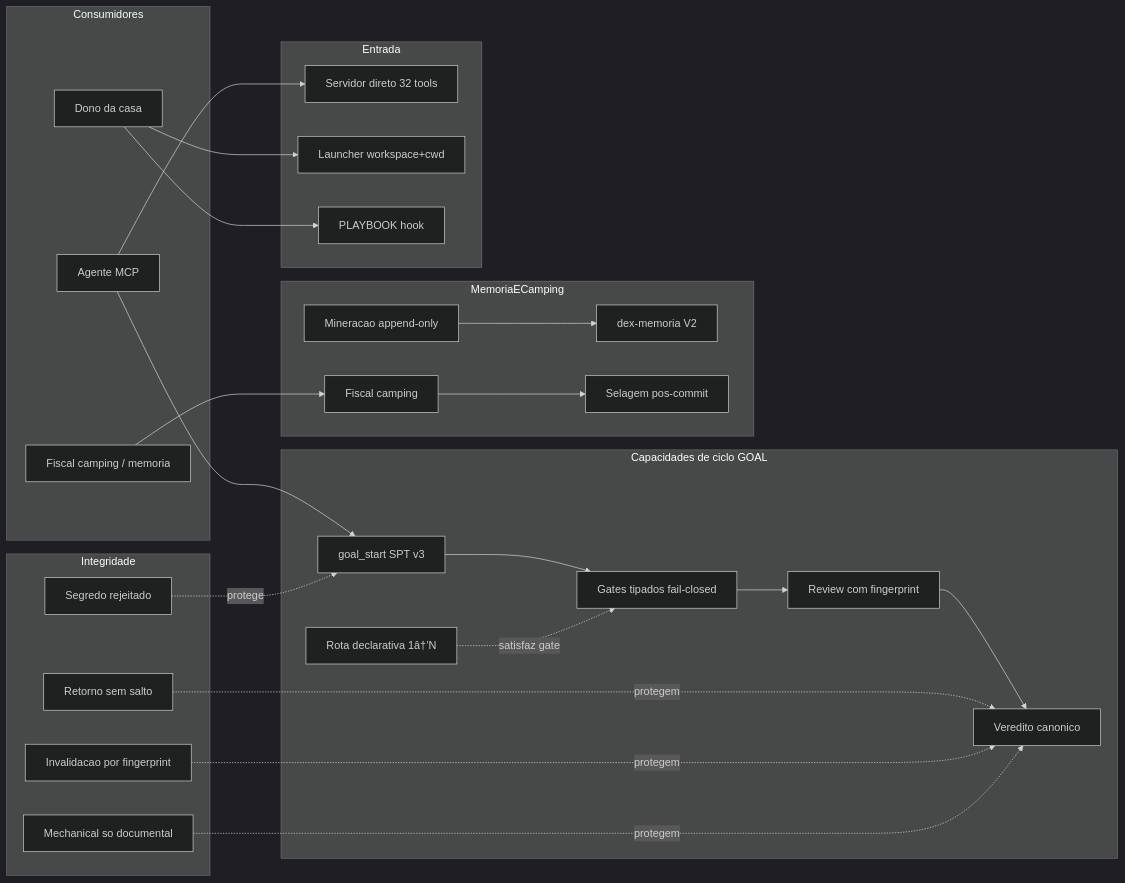
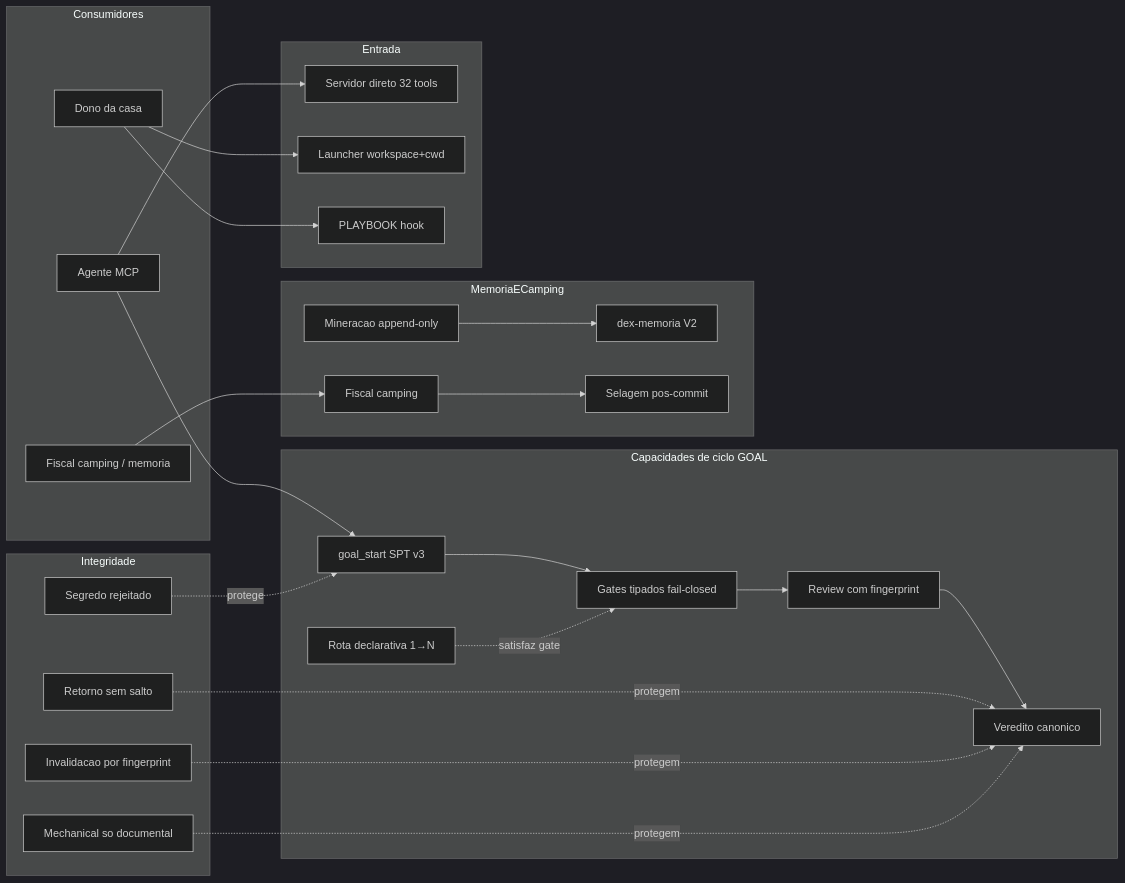
Before and after one commit to dex-agent/dex-ppirtv: the diagram in CAPACITY.md, drawn with Mermaid (dark theme). The commit also changed other lines of this file and 8 other files, not shown here.

````diff
--- a/CAPACITY.md
+++ b/CAPACITY.md
@@ -244,42 +256,42 @@
 ```mermaid
 flowchart LR
   subgraph Consumidores
     A[Agente MCP]
     D[Dono da casa]
     F[Fiscal camping / memoria]
   end
   subgraph CicloGOAL[Capacidades de ciclo GOAL]
     C01[goal_start SPT v3]
     C02[Gates tipados fail-closed]
     C05[Veredito canonico]
-    C06[Rota declarativa 1â†’N]
+    C06[Rota declarativa 1→N]
     C07[Review com fingerprint]
   end
   subgraph Integridade
     C04[Retorno sem salto]
     C08[Invalidacao por fingerprint]
     C10[Segredo rejeitado]
     C11[Mechanical so documental]
   end
   subgraph MemoriaECamping
     C12[Mineracao append-only]
     C14[dex-memoria V2]
     C16[Fiscal camping]
     C17[Selagem pos-commit]
   end
   subgraph Entrada
     C19[Servidor direto 32 tools]
     C20[Launcher workspace+cwd]
     C30[PLAYBOOK hook]
   end
   A --> C01 --> C02 --> C07 --> C05
   C06 -. satisfaz gate .-> C02
   C04 & C08 & C11 -. protegem .-> C05
   C10 -. protege .-> C01
   C12 --> C14
   C16 --> C17
   A --> C19
   D --> C20
   D --> C30
   F --> C16
 ```
````
